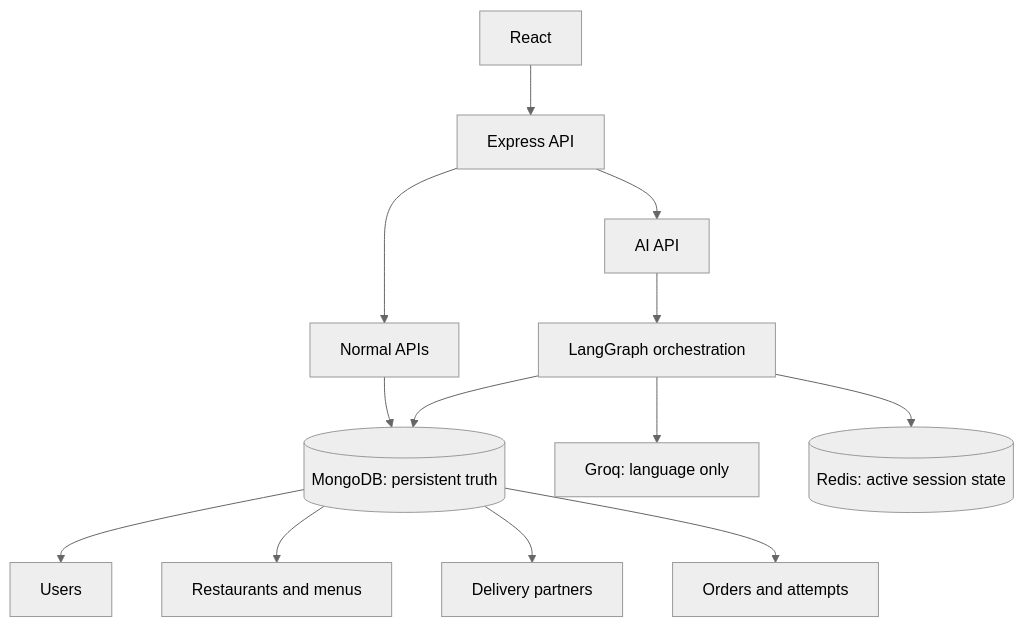
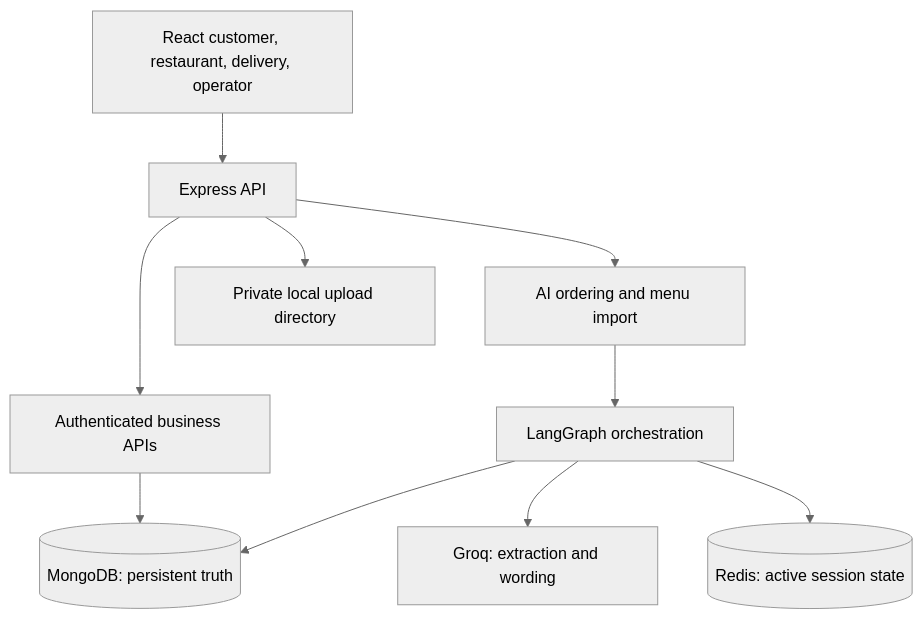
The diagram in docs/architecture.md (Kvmithun/restaurent_agent), drawn with Mermaid (neutral theme) before and after one commit. The commit also changed other lines of this file and 19 other files, not shown here.

Commit message:
feat: add document review and AI menu import

````diff
--- a/docs/architecture.md
+++ b/docs/architecture.md
@@ -3,15 +3,12 @@
 ```mermaid
 flowchart TD
-  UI[React] --> API[Express API]
-  API --> REST[Normal APIs]
-  API --> AI[AI API]
+  UI[React customer, restaurant, delivery, operator] --> API[Express API]
+  API --> REST[Authenticated business APIs]
+  API --> AI[AI ordering and menu import]
   REST --> DB[(MongoDB: persistent truth)]
   AI --> GRAPH[LangGraph orchestration]
-  GRAPH --> LLM[Groq: language only]
+  GRAPH --> LLM[Groq: extraction and wording]
   GRAPH --> DB
   GRAPH --> REDIS[(Redis: active session state)]
-  DB --> U[Users]
-  DB --> R[Restaurants and menus]
-  DB --> D[Delivery partners]
-  DB --> O[Orders and attempts]
+  API --> FILES[Private local upload directory]
 ```
````
